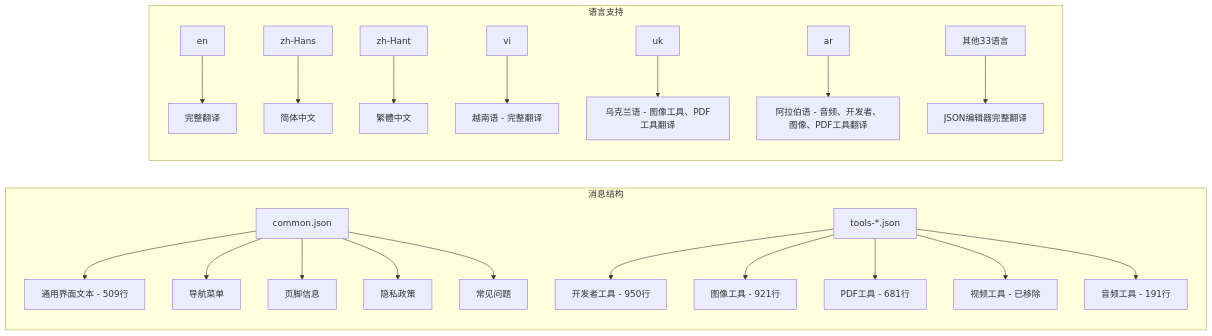
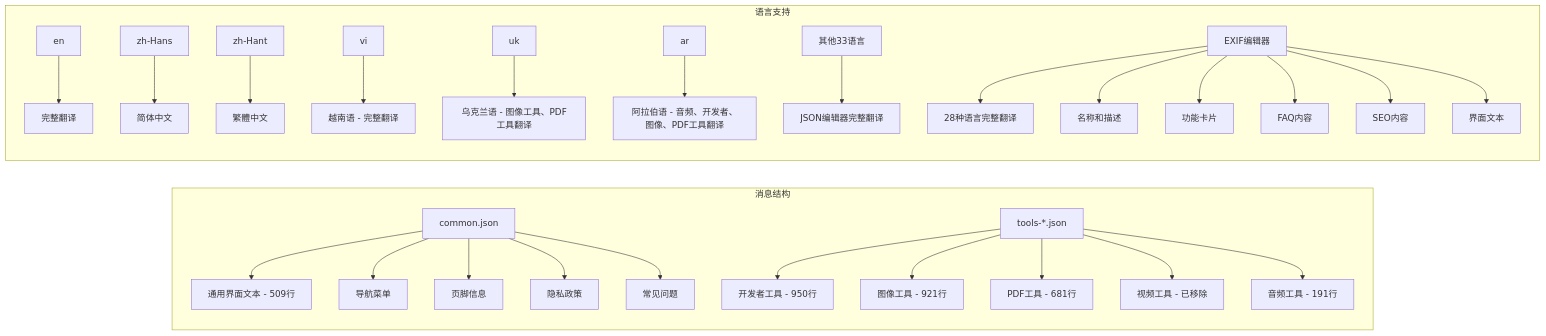
One commit to sgyy/privadeck changed the fifth of 13 diagrams in .qoder/repowiki/zh/content/技术架构/国际化系统.md. Above: the diagram before and after it, drawn with Mermaid. The commit also changed other lines of this file and 3 other files, not shown here.

````diff
--- a/.qoder/repowiki/zh/content/技术架构/国际化系统.md
+++ b/.qoder/repowiki/zh/content/技术架构/国际化系统.md
@@ -381,24 +411,30 @@
 ```mermaid
 graph LR
 subgraph "消息结构"
 A[common.json] --> A1[通用界面文本 - 509行]
 A --> A2[导航菜单]
 A --> A3[页脚信息]
 A --> A4[隐私政策]
 A --> A5[常见问题]
 B[tools-*.json] --> B1[开发者工具 - 950行]
 B --> B2[图像工具 - 921行]
 B --> B3[PDF工具 - 681行]
 B --> B4[视频工具 - 已移除]
 B --> B5[音频工具 - 191行]
 end
 subgraph "语言支持"
 C[en] --> C1[完整翻译]
 D[zh-Hans] --> D1[简体中文]
 E[zh-Hant] --> E1[繁體中文]
 F[vi] --> F1[越南语 - 完整翻译]
 G[uk] --> G1[乌克兰语 - 图像工具、PDF工具翻译]
 H[ar] --> H1[阿拉伯语 - 音频、开发者、图像、PDF工具翻译]
 I[其他33语言] --> I1[JSON编辑器完整翻译]
+J[EXIF编辑器] --> J1[28种语言完整翻译]
+J --> J2[名称和描述]
+J --> J3[功能卡片]
+J --> J4[FAQ内容]
+J --> J5[SEO内容]
+J --> J6[界面文本]
 end
 ```
````
